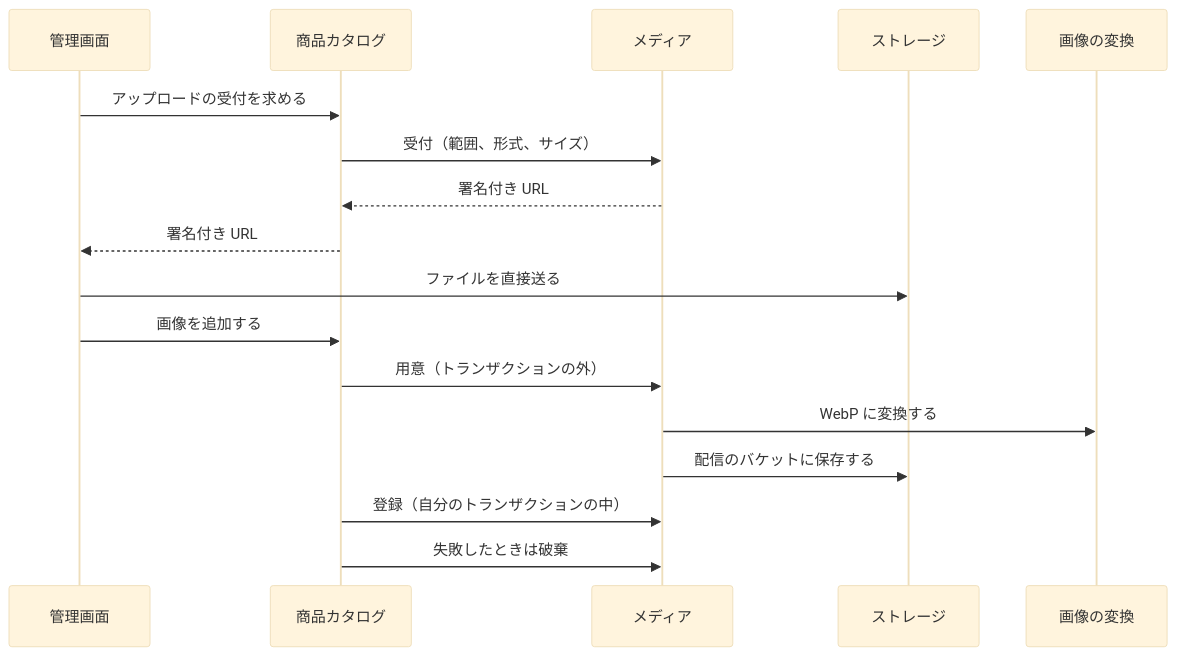
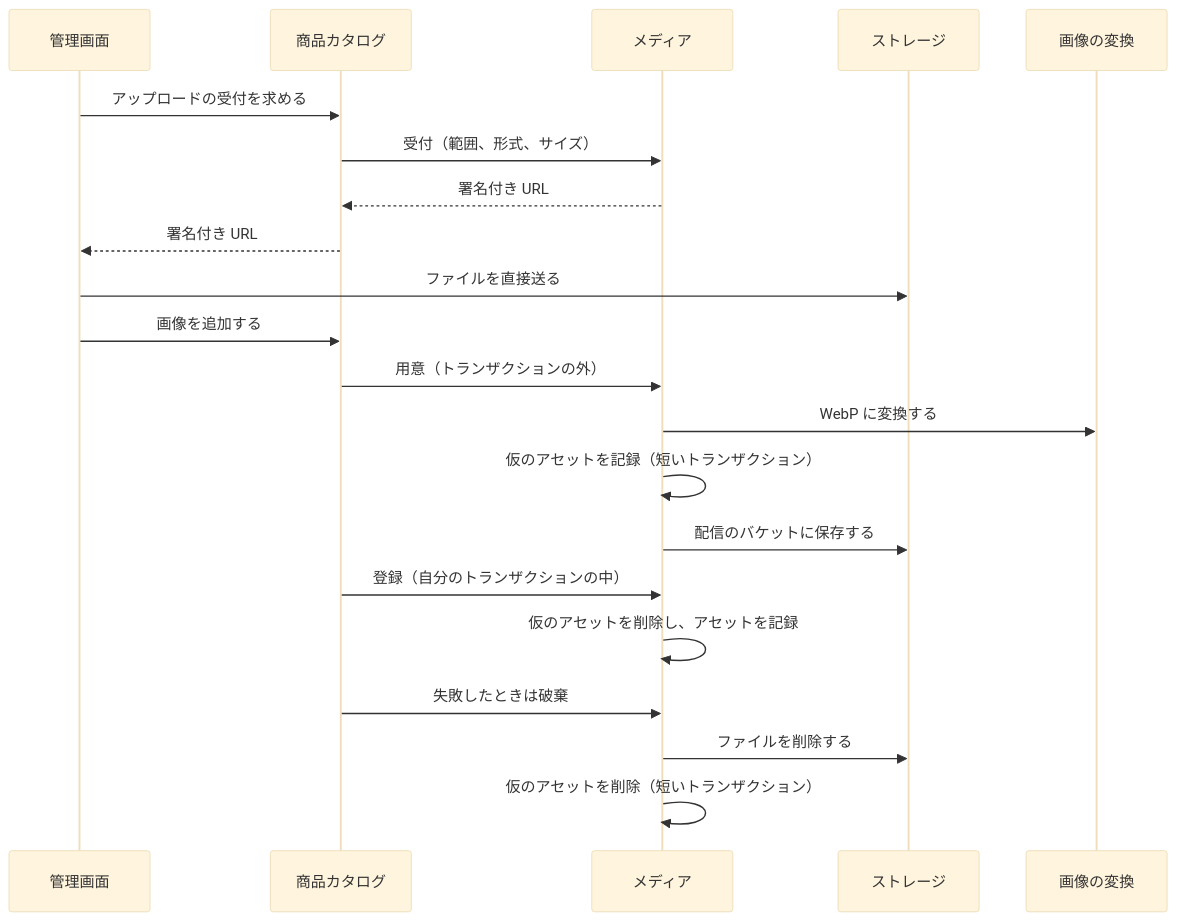
One commit to roger88106/ec-site changed the first of 3 diagrams in docs/02-設計/media.md. Above: the diagram before and after it, drawn with Mermaid (base theme). The commit also changed other lines of this file and 3 other files, not shown here.

````diff
--- a/docs/02-設計/media.md
+++ b/docs/02-設計/media.md
@@ -36,19 +36,23 @@
 ```mermaid
 sequenceDiagram
     participant A as 管理画面
     participant C as 商品カタログ
     participant M as メディア
     participant S as ストレージ
     participant I as 画像の変換
     A->>C: アップロードの受付を求める
     C->>M: 受付（範囲、形式、サイズ）
     M-->>C: 署名付き URL
     C-->>A: 署名付き URL
     A->>S: ファイルを直接送る
     A->>C: 画像を追加する
     C->>M: 用意（トランザクションの外）
     M->>I: WebP に変換する
+    M->>M: 仮のアセットを記録（短いトランザクション）
     M->>S: 配信のバケットに保存する
     C->>M: 登録（自分のトランザクションの中）
+    M->>M: 仮のアセットを削除し、アセットを記録
     C->>M: 失敗したときは破棄
+    M->>S: ファイルを削除する
+    M->>M: 仮のアセットを削除（短いトランザクション）
 ```
````
